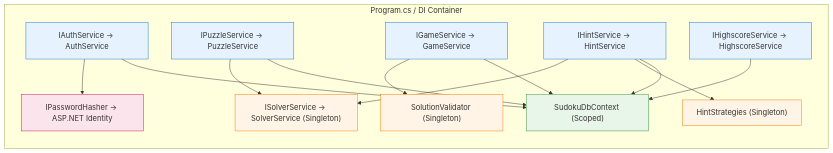
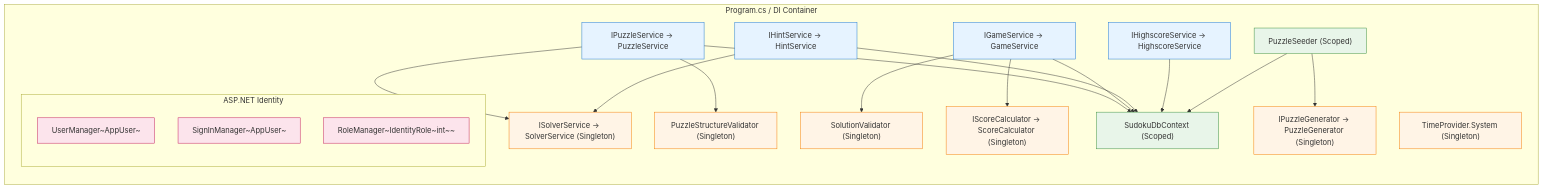
The seventh of 7 diagrams in docs/class-diagram.md (Tim-Fischer-zh/skillsbattle), drawn with Mermaid before and after one commit. The commit also changed other lines of this file and 8 other files, not shown here.

````diff
--- a/docs/class-diagram.md
+++ b/docs/class-diagram.md
@@ -841,32 +746,41 @@
 ```mermaid
 flowchart LR
     subgraph DIRoot["Program.cs / DI Container"]
         direction TB
-        AS["IAuthService → AuthService"]:::svc
         PS["IPuzzleService → PuzzleService"]:::svc
         GS["IGameService → GameService"]:::svc
         HS["IHintService → HintService"]:::svc
         HighS["IHighscoreService → HighscoreService"]:::svc
         Solver["ISolverService → SolverService (Singleton)"]:::dom
+        Score["IScoreCalculator → ScoreCalculator (Singleton)"]:::dom
+        Gen["IPuzzleGenerator → PuzzleGenerator (Singleton)"]:::dom
+        StructVal["PuzzleStructureValidator (Singleton)"]:::dom
         Validator["SolutionValidator (Singleton)"]:::dom
-        Hints["HintStrategies (Singleton)"]:::dom
+        Clock["TimeProvider.System (Singleton)"]:::dom
         Ctx["SudokuDbContext (Scoped)"]:::data
-        Hasher["IPasswordHasher → ASP.NET Identity"]:::sec
+        Seeder["PuzzleSeeder (Scoped)"]:::data
+        subgraph Identity["ASP.NET Identity"]
+            direction TB
+            UM["UserManager~AppUser~"]:::sec
+            SM["SignInManager~AppUser~"]:::sec
+            RM["RoleManager~IdentityRole~int~~"]:::sec
+        end
     end
 
     PS --> Solver
+    PS --> StructVal
     GS --> Validator
+    GS --> Score
     HS --> Solver
-    HS --> Hints
-    AS --> Hasher
-    AS --> Ctx
     PS --> Ctx
     GS --> Ctx
     HS --> Ctx
     HighS --> Ctx
+    Seeder --> Gen
+    Seeder --> Ctx
 
     classDef svc fill:#e6f3ff,stroke:#1976d2
     classDef dom fill:#fff4e6,stroke:#f57c00
     classDef data fill:#e8f5e9,stroke:#388e3c
     classDef sec fill:#fce4ec,stroke:#c2185b
 ```
````
